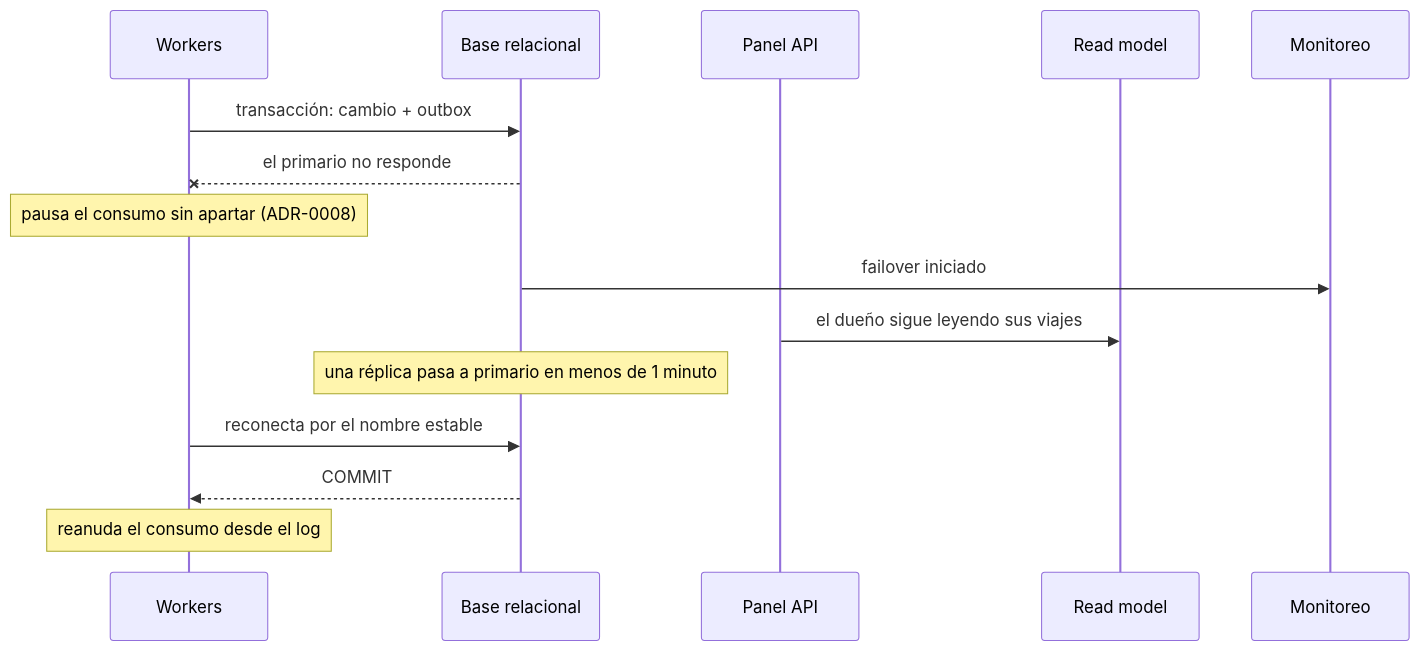
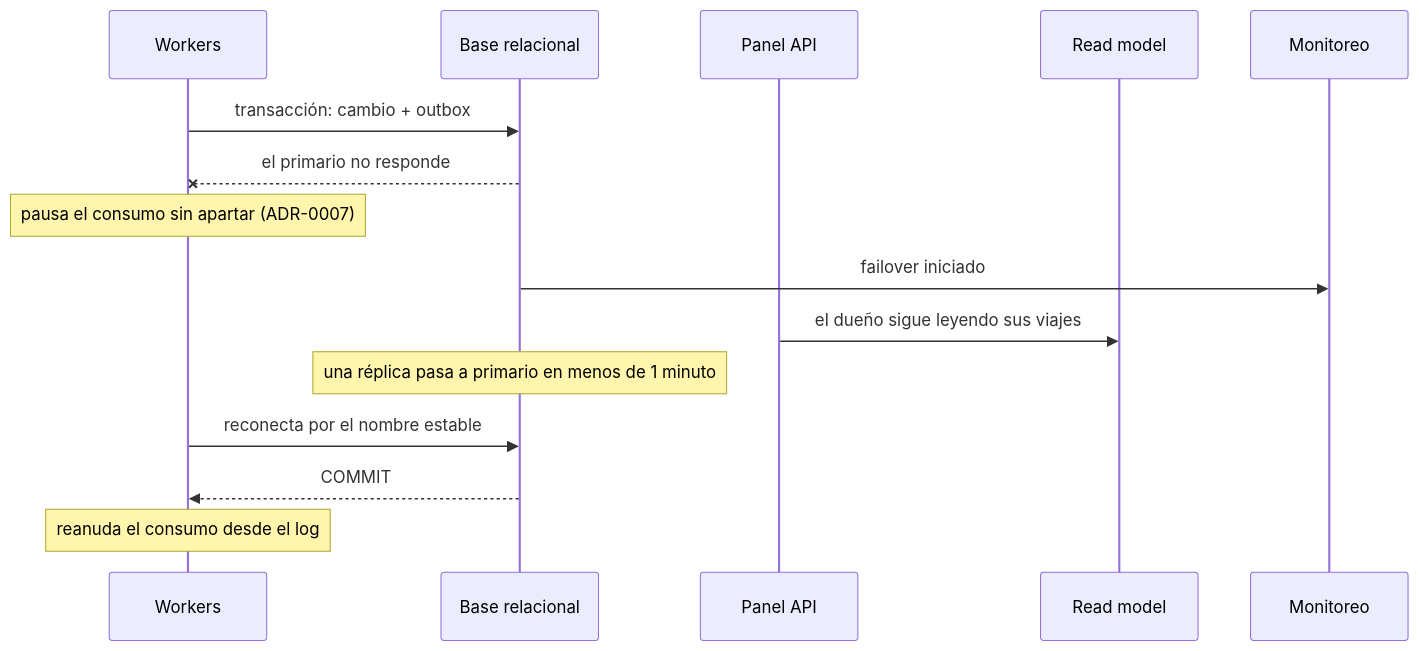
One commit to matiascanova/TPE_SOFTWARE changed the third of 3 diagrams in Iteracion-5.md. Above: the diagram before and after it, drawn with Mermaid. The commit also changed other lines of this file, not shown here.

````diff
--- a/Iteracion-5.md
+++ b/Iteracion-5.md
@@ -188,18 +188,18 @@
 ```mermaid
 sequenceDiagram
   participant W as Workers
   participant B as Base relacional
   participant PA as Panel API
   participant RM as Read model
   participant M as Monitoreo
 
   W->>B: transacción: cambio + outbox
   B--xW: el primario no responde
-  Note over W: pausa el consumo sin apartar (ADR-0008)
+  Note over W: pausa el consumo sin apartar (ADR-0007)
   B->>M: failover iniciado
   PA->>RM: el dueño sigue leyendo sus viajes
   Note over B: una réplica pasa a primario en menos de 1 minuto
   W->>B: reconecta por el nombre estable
   B-->>W: COMMIT
   Note over W: reanuda el consumo desde el log
 ```
````
